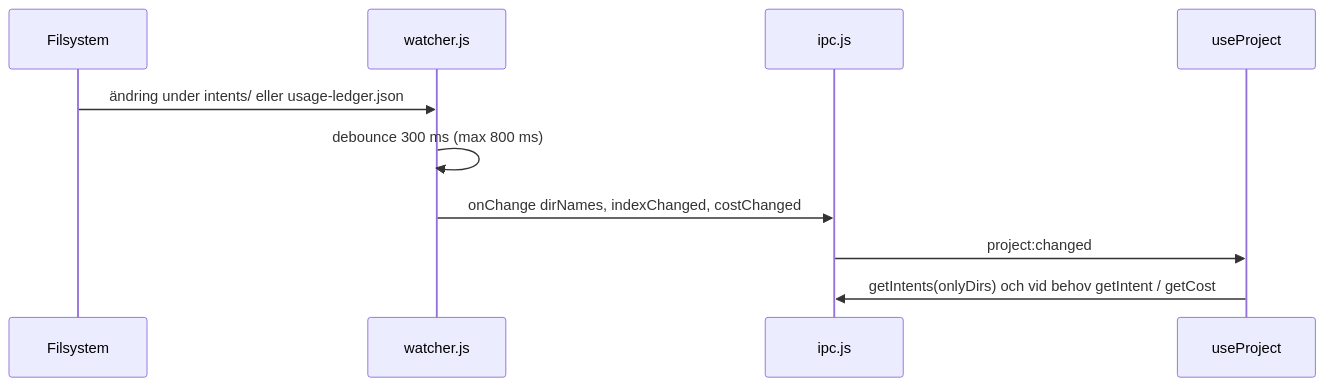
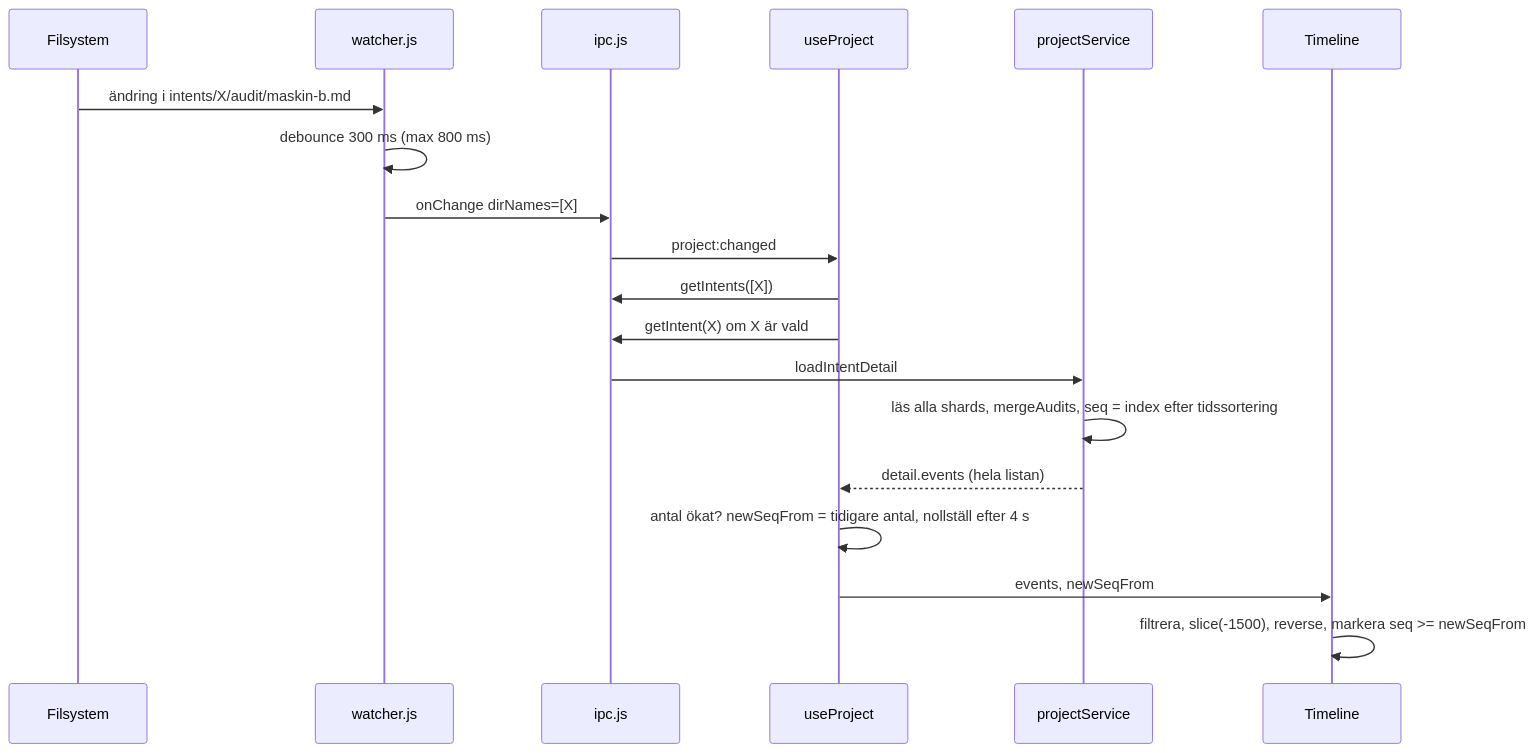
The third of 4 diagrams in aidlc/spaces/default/codekb/aidlc-dash/architecture.md (tochman/ai-dlc-thadeus), drawn with Mermaid before and after one commit. The commit also changed other lines of this file and 50 other files, not shown here.

First line of the commit message:
feat: EPIC-03 audit timeline (US-0301, US-0302)

````diff
--- a/aidlc/spaces/default/codekb/aidlc-dash/architecture.md
+++ b/aidlc/spaces/default/codekb/aidlc-dash/architecture.md
@@ -113,12 +120,21 @@
 ```mermaid
 sequenceDiagram
   participant FS as Filsystem
   participant W as watcher.js
   participant I as ipc.js
   participant UP as useProject
-  FS->>W: ändring under intents/ eller usage-ledger.json
+  participant S as projectService
+  participant TL as Timeline
+  FS->>W: ändring i intents/X/audit/maskin-b.md
   W->>W: debounce 300 ms (max 800 ms)
-  W->>I: onChange dirNames, indexChanged, costChanged
+  W->>I: onChange dirNames=[X]
   I->>UP: project:changed
-  UP->>I: getIntents(onlyDirs) och vid behov getIntent / getCost
+  UP->>I: getIntents([X])
+  UP->>I: getIntent(X) om X är vald
+  I->>S: loadIntentDetail
+  S->>S: läs alla shards, mergeAudits, seq = index efter tidssortering
+  S-->>UP: detail.events (hela listan)
+  UP->>UP: antal ökat? newSeqFrom = tidigare antal, nollställ efter 4 s
+  UP->>TL: events, newSeqFrom
+  TL->>TL: filtrera, slice(-1500), reverse, markera seq >= newSeqFrom
 ```
````
